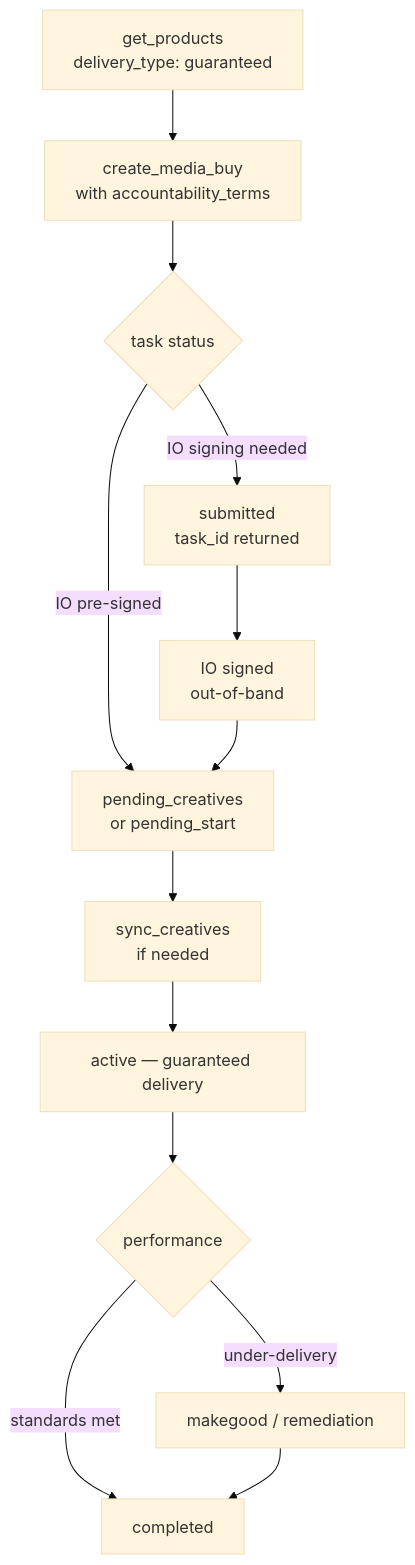
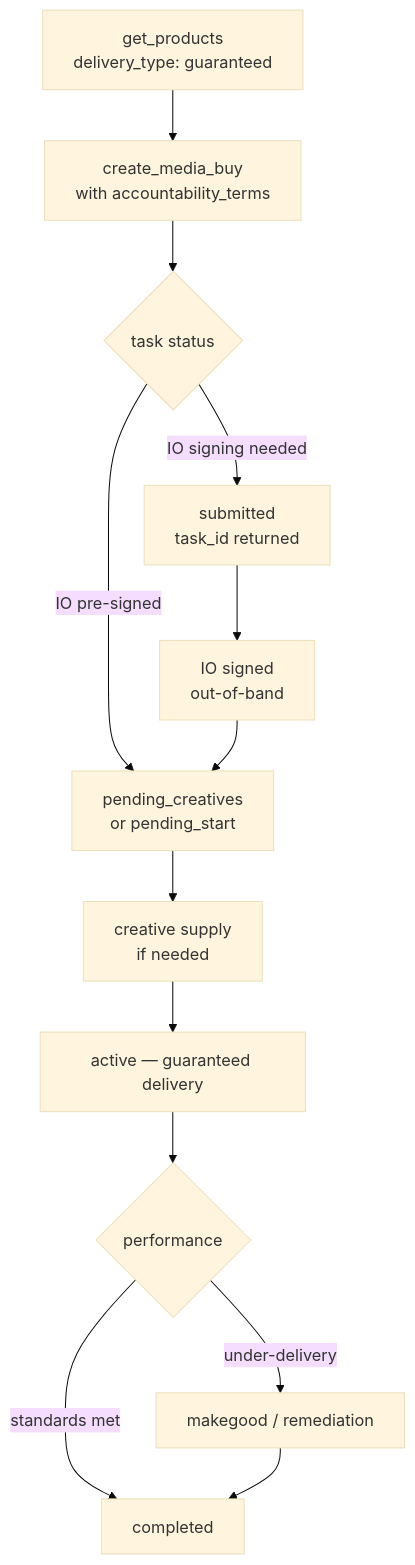
One commit to adcontextprotocol/adcp changed the third of 3 diagrams in docs/media-buy/media-buys/lifecycle.mdx. Above: the diagram before and after it, drawn with Mermaid (base theme). The commit also changed other lines of this file and 20 other files, not shown here.

````diff
--- a/docs/media-buy/media-buys/lifecycle.mdx
+++ b/docs/media-buy/media-buys/lifecycle.mdx
@@ -101,15 +103,15 @@
 ```mermaid
 flowchart TD
     A[get_products\ndelivery_type: guaranteed] --> B[create_media_buy\nwith accountability_terms]
     B --> C{task status}
     C -->|IO signing needed| D[submitted\ntask_id returned]
     C -->|IO pre-signed| E[pending_creatives\nor pending_start]
     D --> F[IO signed\nout-of-band]
     F --> E
-    E --> G[sync_creatives\nif needed]
+    E --> G[creative supply\nif needed]
     G --> H[active — guaranteed delivery]
     H --> I{performance}
     I -->|standards met| J[completed]
     I -->|under-delivery| K[makegood / remediation]
     K --> J
 ```
````
